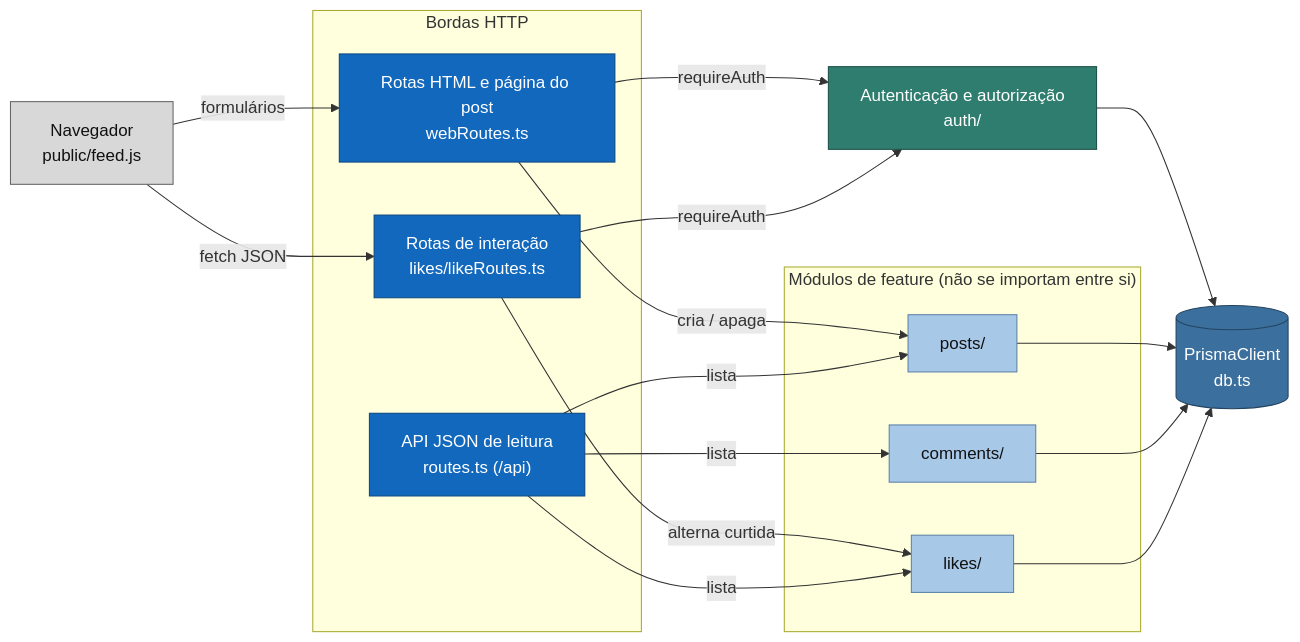
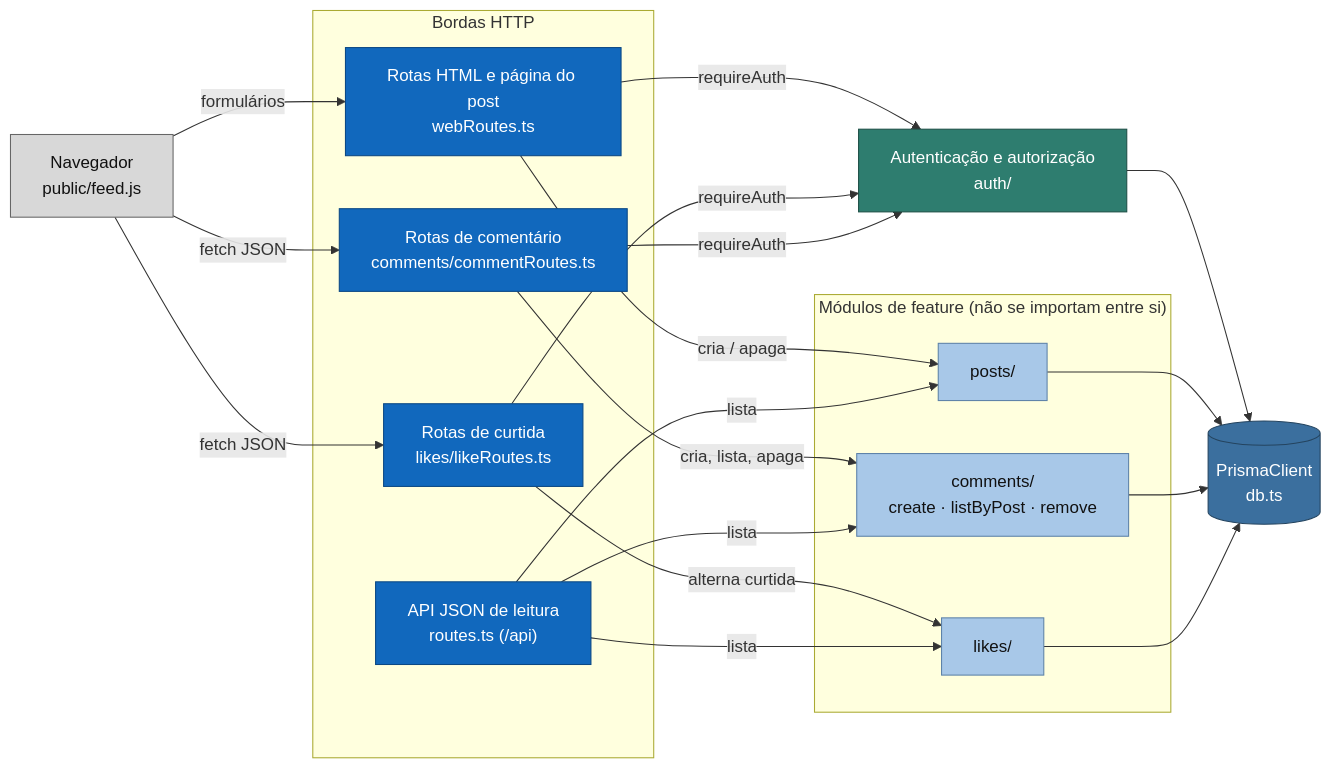
The third of 4 diagrams in docs/arquitetura/c4.md (robertoSilva-ux/redesocial), drawn with Mermaid before and after one commit. The commit also changed other lines of this file and 7 other files, not shown here.

First line of the commit message:
feat(comments): rotas de escrita e requireOwnComment (E1a, atividade 2)

````diff
--- a/docs/arquitetura/c4.md
+++ b/docs/arquitetura/c4.md
@@ -90,41 +90,45 @@
 ```mermaid
 flowchart LR
   nav["Navegador<br/>public/feed.js"]:::externo
 
   subgraph bordas["Bordas HTTP"]
     web["Rotas HTML e página do post<br/>webRoutes.ts"]
-    inter["Rotas de interação<br/>likes/likeRoutes.ts"]
+    inter["Rotas de curtida<br/>likes/likeRoutes.ts"]
+    com["Rotas de comentário<br/>comments/commentRoutes.ts"]:::borda
     api["API JSON de leitura<br/>routes.ts (/api)"]
   end
 
   subgraph modulos["Módulos de feature (não se importam entre si)"]
     posts["posts/"]
-    comments["comments/"]
+    comments["comments/<br/>create · listByPost · remove"]
     likes["likes/"]
   end
 
   auth["Autenticação e autorização<br/>auth/"]:::transversal
   db[("PrismaClient<br/>db.ts")]:::dados
 
   nav -->|"formulários"| web
   nav -->|"fetch JSON"| inter
+  nav -->|"fetch JSON"| com
   web -->|"requireAuth"| auth
   inter -->|"requireAuth"| auth
+  com -->|"requireAuth"| auth
   web -->|"cria / apaga"| posts
   inter -->|"alterna curtida"| likes
+  com -->|"cria, lista, apaga"| comments
   api -->|"lista"| posts
   api -->|"lista"| comments
   api -->|"lista"| likes
   auth --> db
   posts --> db
   comments --> db
   likes --> db
 
   classDef externo fill:#d8d8d8,stroke:#666,color:#111
   classDef borda fill:#1168bd,stroke:#0b4884,color:#fff
   classDef modulo fill:#a8c8e8,stroke:#5d82a8,color:#111
   classDef transversal fill:#2e7d6f,stroke:#1d4f46,color:#fff
   classDef dados fill:#3b6f9e,stroke:#24445f,color:#fff
   class web,inter,api borda
   class posts,comments,likes modulo
 ```
````
